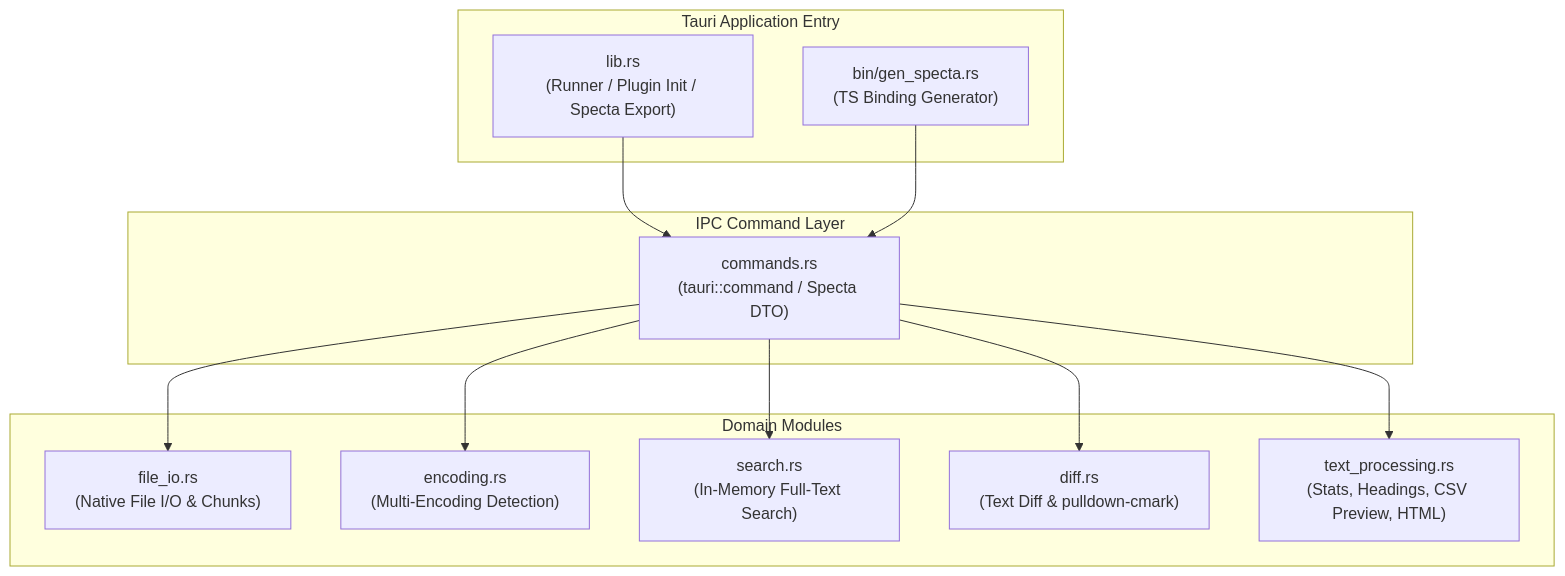
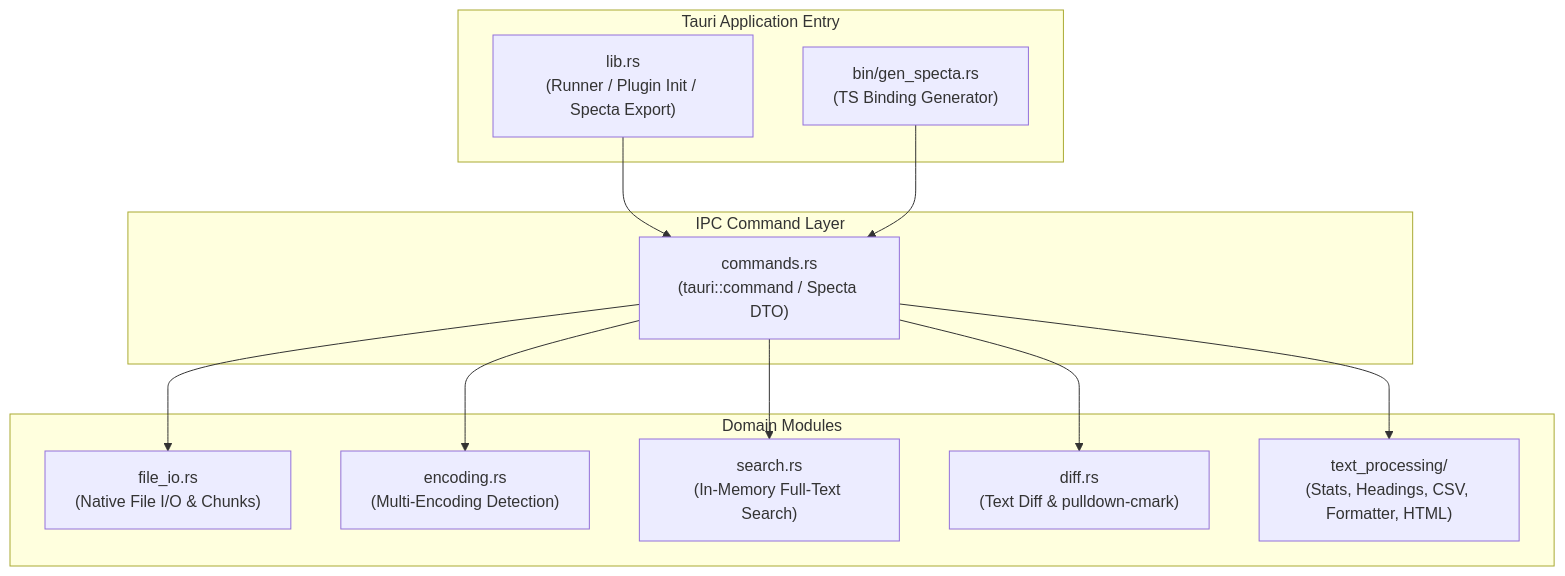
One commit to tkshnkgwr/QuMaEditor changed the third of 3 diagrams in docs/en/ARCHITECTURE.md. Above: the diagram before and after it, drawn with Mermaid. The commit also changed other lines of this file and 51 other files, not shown here.

Commit message:
feat(v1.4.0): Markdown auto-formatting, print multi-page optimization, Mermaid auto-scaling, modular refactoring, and doc synchronization

````diff
--- a/docs/en/ARCHITECTURE.md
+++ b/docs/en/ARCHITECTURE.md
@@ -84,27 +84,27 @@
 ```mermaid
 graph TD
     subgraph Core["Tauri Application Entry"]
-        Lib["lib.rs\n(Runner / Plugin Init / Specta Export)"]
-        GenSpecta["bin/gen_specta.rs\n(TS Binding Generator)"]
+        Lib["lib.rs<br/>(Runner / Plugin Init / Specta Export)"]
+        GenSpecta["bin/gen_specta.rs<br/>(TS Binding Generator)"]
     end
 
     subgraph CommandLayer["IPC Command Layer"]
-        Commands["commands.rs\n(tauri::command / Specta DTO)"]
+        Commands["commands.rs<br/>(tauri::command / Specta DTO)"]
     end
 
     subgraph DomainModules["Domain Modules"]
-        FileIO["file_io.rs\n(Native File I/O & Chunks)"]
-        Encoding["encoding.rs\n(Multi-Encoding Detection)"]
-        Search["search.rs\n(In-Memory Full-Text Search)"]
-        Diff["diff.rs\n(Text Diff & pulldown-cmark)"]
-        TextProc["text_processing.rs\n(Stats, Headings, CSV Preview, HTML)"]
+        FileIO["file_io.rs<br/>(Native File I/O & Chunks)"]
+        Encoding["encoding.rs<br/>(Multi-Encoding Detection)"]
+        Search["search.rs<br/>(In-Memory Full-Text Search)"]
+        Diff["diff.rs<br/>(Text Diff & pulldown-cmark)"]
+        TextProc["text_processing/<br/>(Stats, Headings, CSV, Formatter, HTML)"]
     end
 
     Lib --> Commands
     GenSpecta --> Commands
     Commands --> FileIO
     Commands --> Encoding
     Commands --> Search
     Commands --> Diff
     Commands --> TextProc
 ```
````
